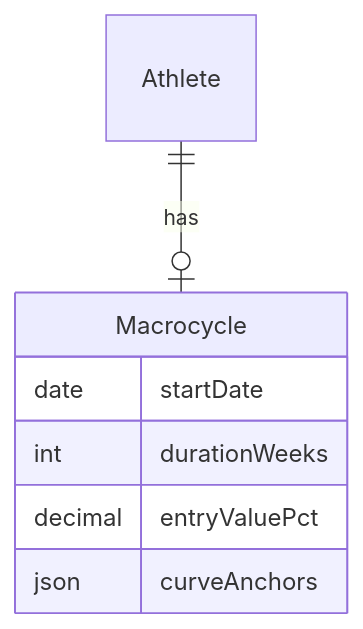
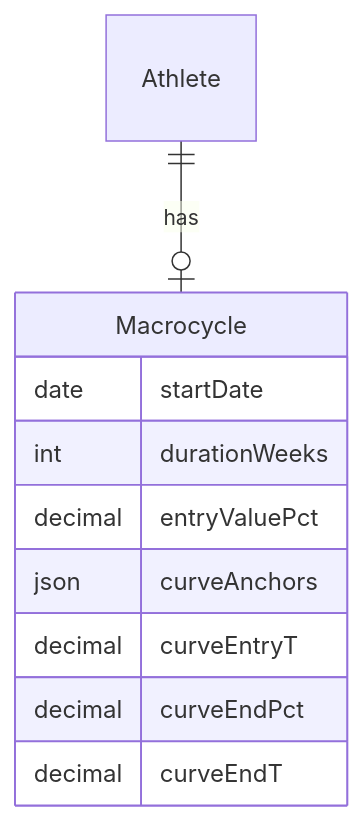
The diagram in openspec/changes/spline-progression-curve/design.md (simonwesthoff/cool), drawn with Mermaid before and after one commit. The commit also changed other lines of this file and 19 other files, not shown here.

First line of the commit message:
Curve mode: movable entry and end anchors with value text, level ends, removal next to a neighbour

````diff
--- a/openspec/changes/spline-progression-curve/design.md
+++ b/openspec/changes/spline-progression-curve/design.md
@@ -118,10 +120,13 @@
 ```mermaid
 erDiagram
     Athlete ||--o| Macrocycle : "has"
     Macrocycle {
         date startDate
         int durationWeeks
         decimal entryValuePct
         json curveAnchors
+        decimal curveEntryT
+        decimal curveEndPct
+        decimal curveEndT
     }
 ```
````
